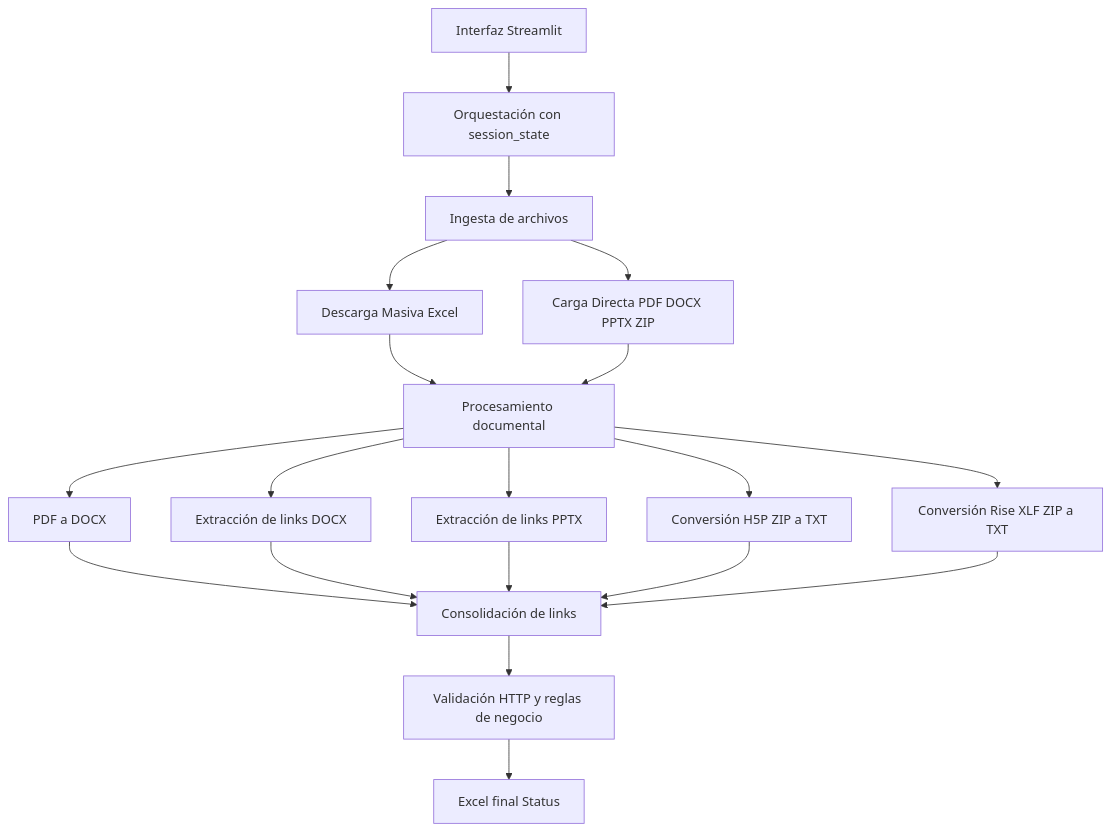
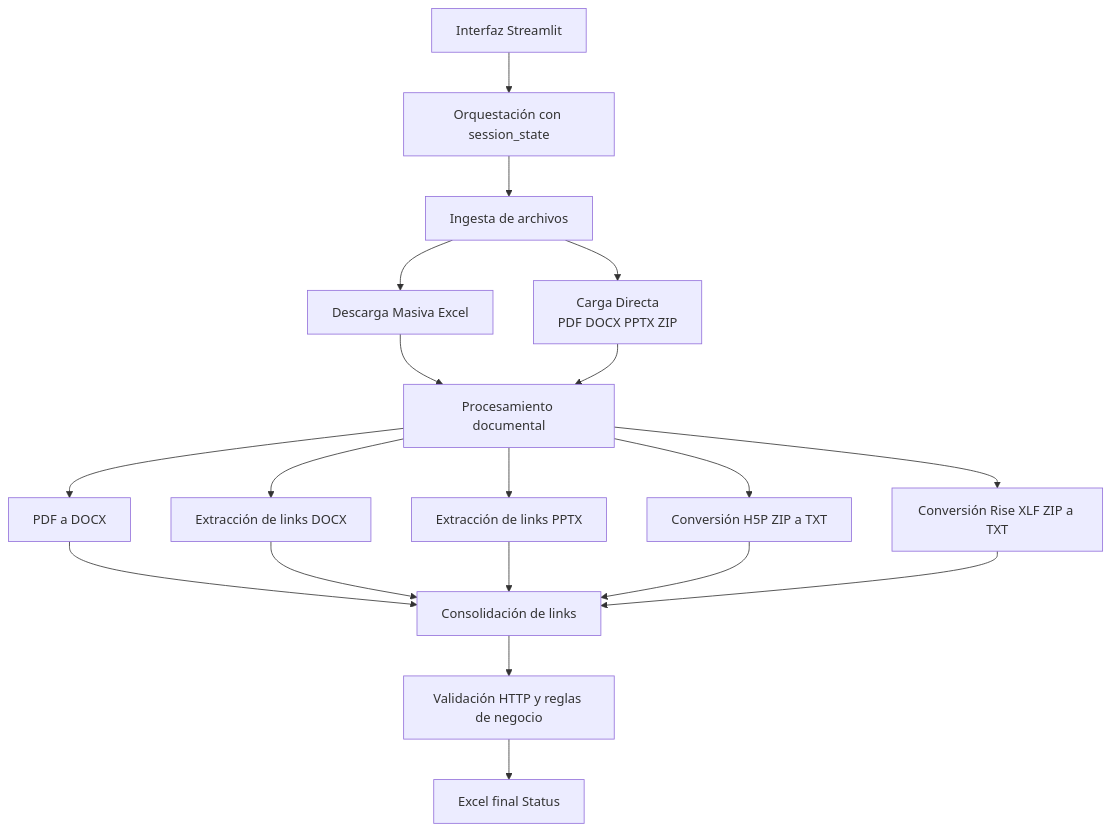
One commit to joseluisantunezcondezo/UTP_Broken_Link_Checker changed the diagram in README.md. Above: the diagram before and after it, drawn with Mermaid.

Commit message:
README.md

````diff
--- a/README.md
+++ b/README.md
@@ -180,21 +180,22 @@
 ```mermaid
 flowchart TD
     A[Interfaz Streamlit] --> B[Orquestación con session_state]
     B --> C[Ingesta de archivos]
     C --> D1[Descarga Masiva Excel]
-    C --> D2[Carga Directa PDF DOCX PPTX ZIP]
+    C --> D2[Carga Directa
+             PDF DOCX PPTX ZIP]
     D1 --> E[Procesamiento documental]
     D2 --> E
     E --> F1[PDF a DOCX]
     E --> F2[Extracción de links DOCX]
     E --> F3[Extracción de links PPTX]
     E --> F4[Conversión H5P ZIP a TXT]
     E --> F5[Conversión Rise XLF ZIP a TXT]
     F1 --> G[Consolidación de links]
     F2 --> G
     F3 --> G
     F4 --> G
     F5 --> G
     G --> H[Validación HTTP y reglas de negocio]
     H --> I[Excel final Status]
 ```
````
